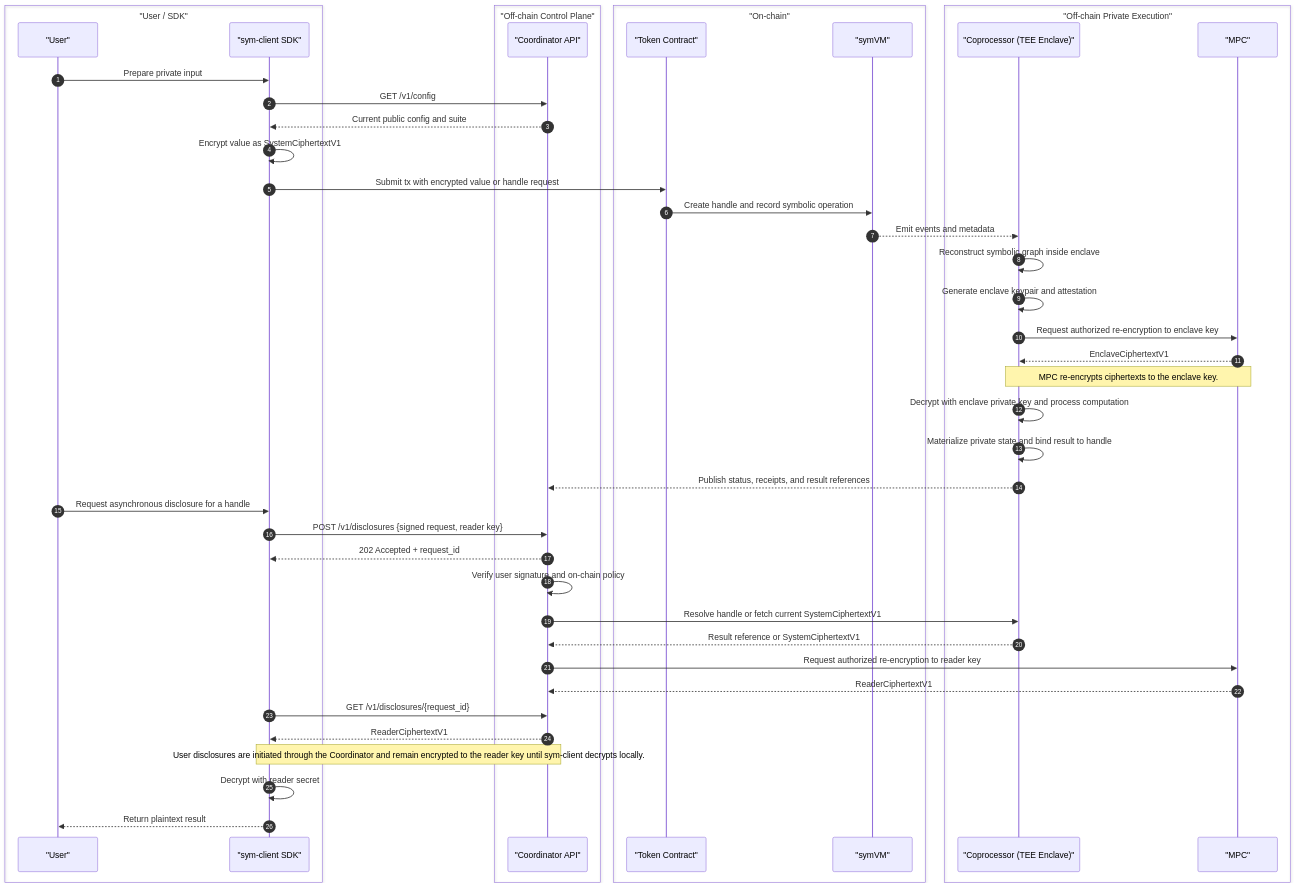
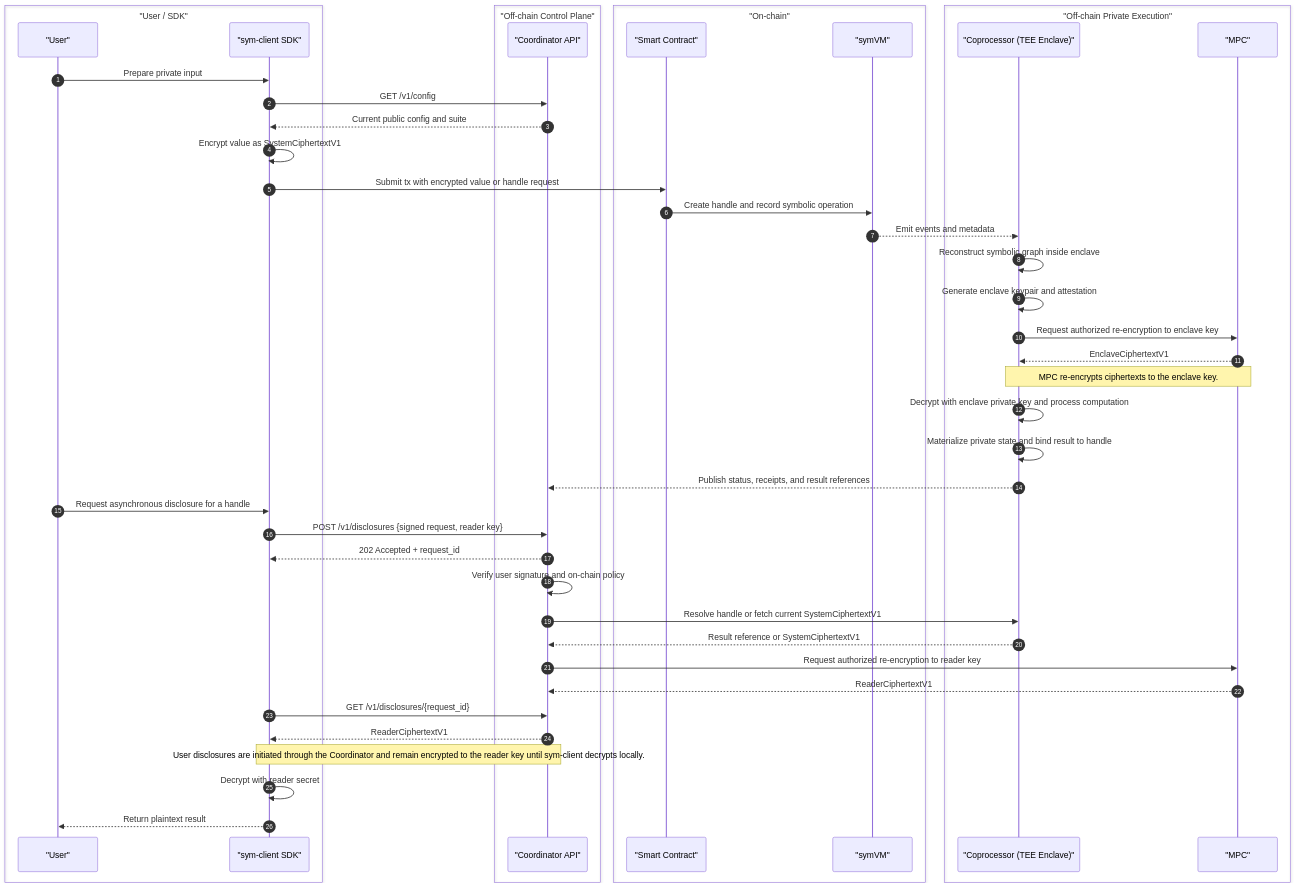
The diagram in README.md (Symbolic-Execution/spec), drawn with Mermaid before and after one commit. The commit also changed other lines of this file, not shown here.

````diff
--- a/README.md
+++ b/README.md
@@ -40,49 +38,49 @@
 ```mermaid
 sequenceDiagram
     autonumber
     box "User / SDK"
         participant U as "User"
         participant SC as "sym-client SDK"
     end
     box "Off-chain Control Plane"
         participant C as "Coordinator API"
     end
     box "On-chain"
-        participant TK as "Token Contract"
+        participant TK as "Smart Contract"
         participant SV as "symVM"
     end
     box "Off-chain Private Execution"
         participant CP as "Coprocessor (TEE Enclave)"
         participant M as "MPC"
     end
 
     U->>SC: Prepare private input
     SC->>C: GET /v1/config
     C-->>SC: Current public config and suite
     SC->>SC: Encrypt value as SystemCiphertextV1
     SC->>TK: Submit tx with encrypted value or handle request
     TK->>SV: Create handle and record symbolic operation
     SV-->>CP: Emit events and metadata
     CP->>CP: Reconstruct symbolic graph inside enclave
     CP->>CP: Generate enclave keypair and attestation
     CP->>M: Request authorized re-encryption to enclave key
     M-->>CP: EnclaveCiphertextV1
     Note over CP,M: MPC re-encrypts ciphertexts to the enclave key.
     CP->>CP: Decrypt with enclave private key and process computation
     CP->>CP: Materialize private state and bind result to handle
     CP-->>C: Publish status, receipts, and result references
 
     U->>SC: Request asynchronous disclosure for a handle
     SC->>C: POST /v1/disclosures {signed request, reader key}
     C-->>SC: 202 Accepted + request_id
     C->>C: Verify user signature and on-chain policy
     C->>CP: Resolve handle or fetch current SystemCiphertextV1
     CP-->>C: Result reference or SystemCiphertextV1
     C->>M: Request authorized re-encryption to reader key
     M-->>C: ReaderCiphertextV1
     SC->>C: GET /v1/disclosures/{request_id}
     C-->>SC: ReaderCiphertextV1
     Note over SC,C: User disclosures are initiated through the Coordinator and remain encrypted to the reader key until sym-client decrypts locally.
     SC->>SC: Decrypt with reader secret
     SC-->>U: Return plaintext result
 ```
````
